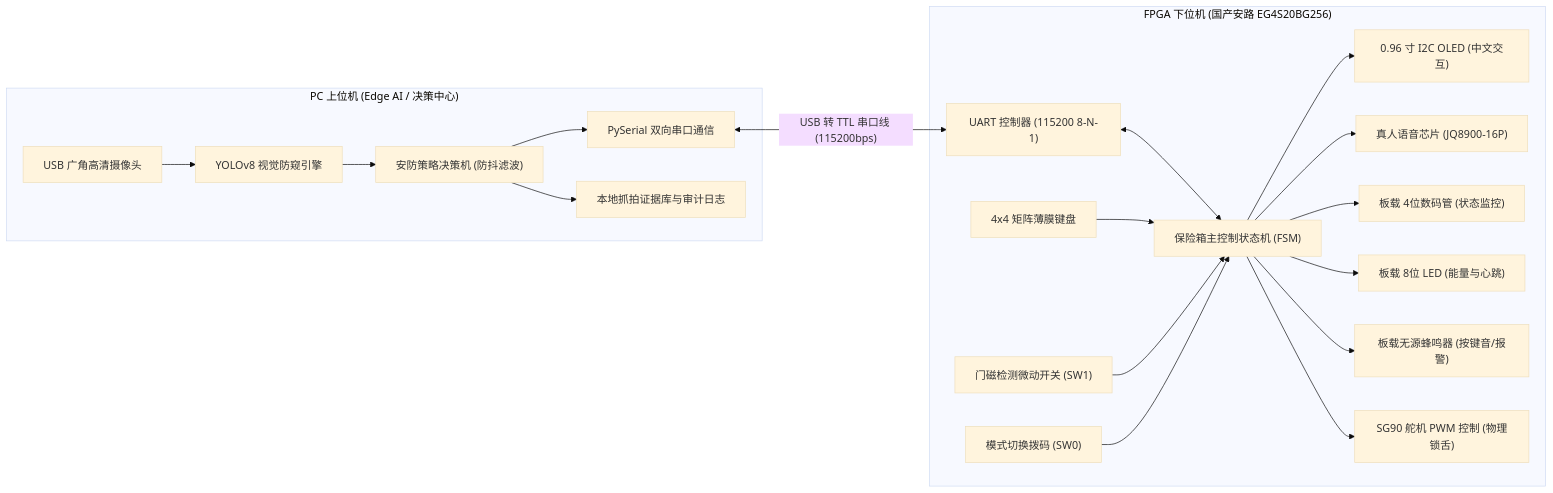
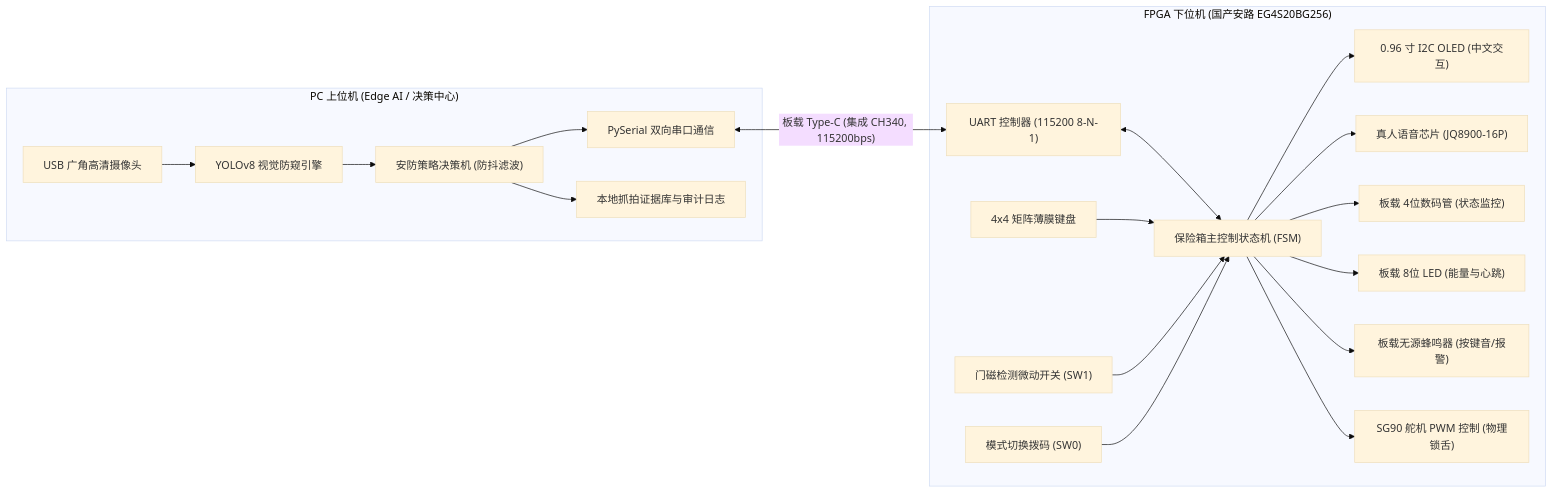
The first of 2 diagrams in README.md (no-more-human/FPGA-AntiPeep-CipherLock), drawn with Mermaid (base theme) before and after one commit. The commit also changed other lines of this file and 20 other files, not shown here.

````diff
--- a/README.md
+++ b/README.md
@@ -68,29 +68,29 @@
 ```mermaid
 flowchart LR
     subgraph PC_Side ["PC 上位机 (Edge AI / 决策中心)"]
         USB_CAM["USB 广角高清摄像头"] --> YOLO["YOLOv8 视觉防窥引擎"]
         YOLO --> Decision["安防策略决策机 (防抖滤波)"]
         Decision --> PY_UART["PySerial 双向串口通信"]
         Decision --> Logger["本地抓拍证据库与审计日志"]
     end
 
     subgraph FPGA_Side ["FPGA 下位机 (国产安路 EG4S20BG256)"]
         FPGA_UART["UART 控制器 (115200 8-N-1)"]
         MainFSM["保险箱主控制状态机 (FSM)"]
 
         FPGA_UART <--> MainFSM
 
         Keypad["4x4 矩阵薄膜键盘"] --> MainFSM
         Door_Sensor["门磁检测微动开关 (SW1)"] --> MainFSM
         Mode_SW["模式切换拨码 (SW0)"] --> MainFSM
 
         MainFSM --> OLED["0.96 寸 I2C OLED (中文交互)"]
         MainFSM --> Voice["真人语音芯片 (JQ8900-16P)"]
         MainFSM --> Digitron["板载 4位数码管 (状态监控)"]
         MainFSM --> LED_Bar["板载 8位 LED (能量与心跳)"]
         MainFSM --> Buzzer["板载无源蜂鸣器 (按键音/报警)"]
         MainFSM --> PWM_Servo["SG90 舵机 PWM 控制 (物理锁舌)"]
     end
 
-    PY_UART <-->|"USB 转 TTL 串口线 (115200bps)"| FPGA_UART
+    PY_UART <-->|"板载 Type-C (集成 CH340, 115200bps)"| FPGA_UART
 ```
````
